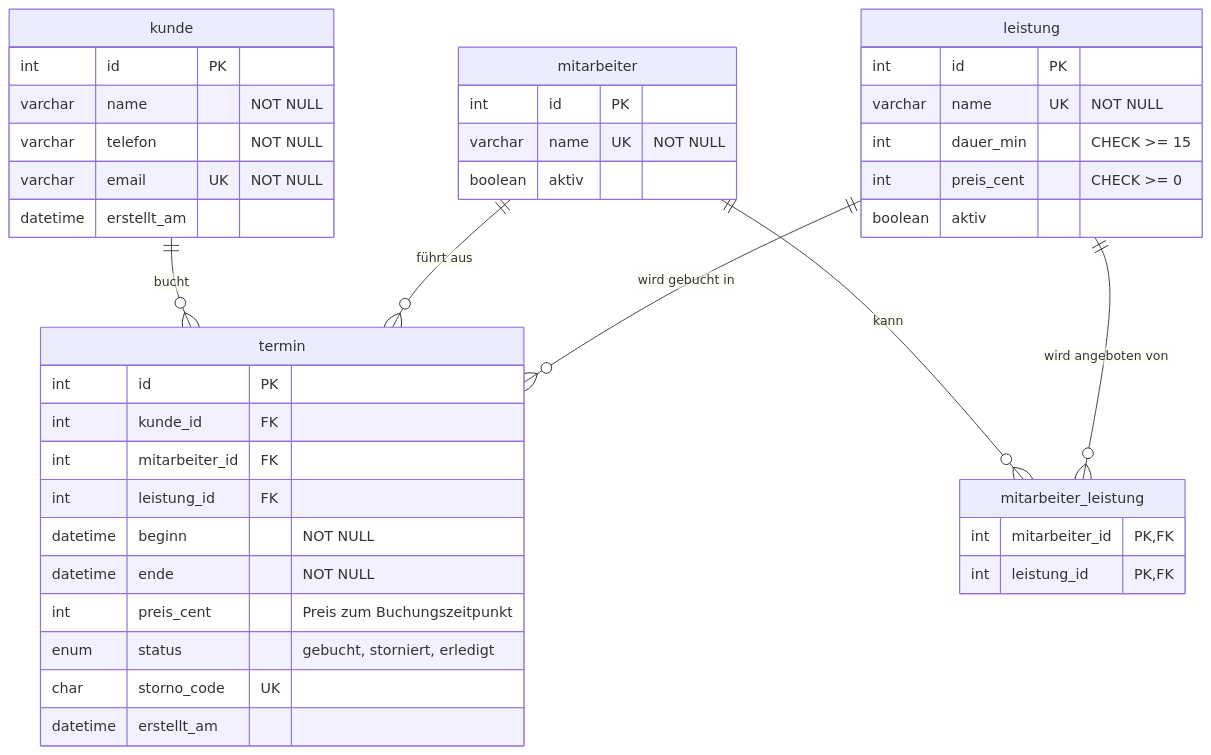
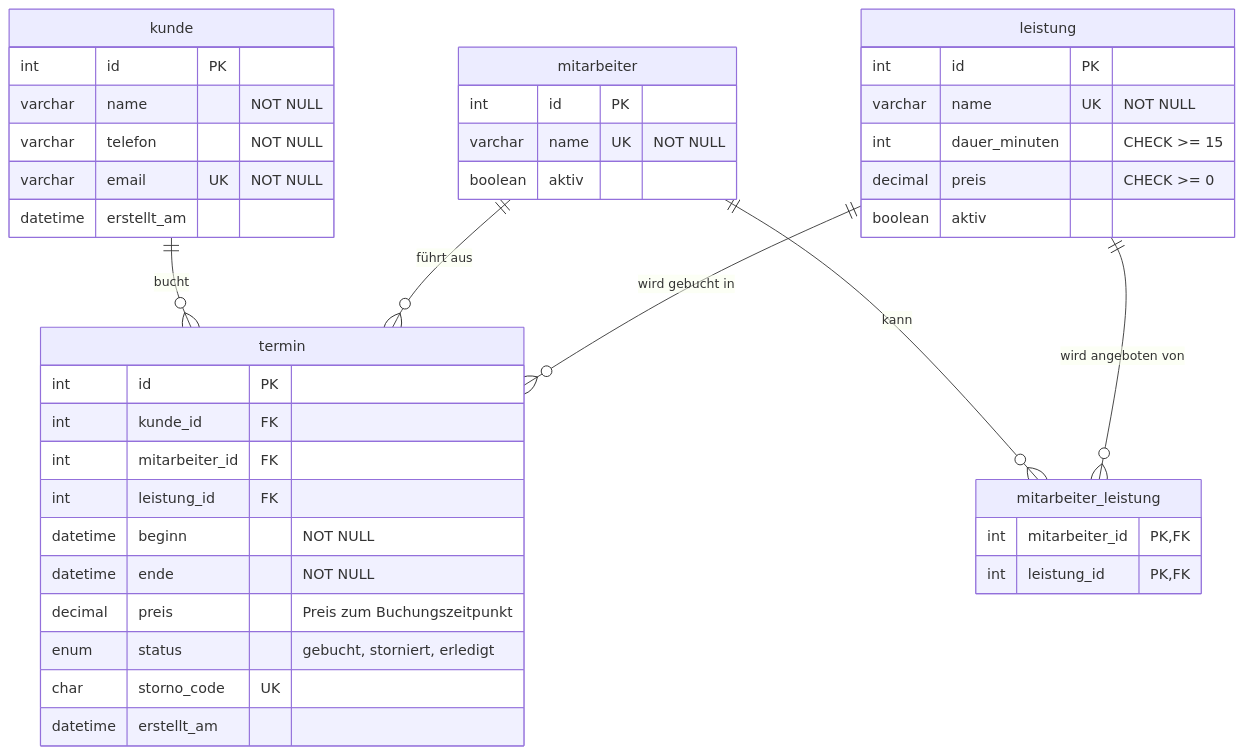
Before and after one commit to Tigist24/terminkalender-schnittpunkt: the diagram in docs/er-diagramm.md, drawn with Mermaid. The commit also changed 2 other files, not shown here.

Commit message:
aufräumen, umbenennen

````diff
--- a/docs/er-diagramm.md
+++ b/docs/er-diagramm.md
@@ -1,44 +1,44 @@
 ```mermaid
 erDiagram
     kunde ||--o{ termin : "bucht"
     mitarbeiter ||--o{ termin : "führt aus"
     leistung ||--o{ termin : "wird gebucht in"
     mitarbeiter ||--o{ mitarbeiter_leistung : "kann"
     leistung ||--o{ mitarbeiter_leistung : "wird angeboten von"
 
     kunde {
         int id PK
         varchar name "NOT NULL"
         varchar telefon "NOT NULL"
         varchar email UK "NOT NULL"
         datetime erstellt_am
     }
     mitarbeiter {
         int id PK
         varchar name UK "NOT NULL"
         boolean aktiv
     }
     leistung {
         int id PK
         varchar name UK "NOT NULL"
-        int dauer_min "CHECK >= 15"
-        int preis_cent "CHECK >= 0"
+        int dauer_minuten "CHECK >= 15"
+        decimal preis "CHECK >= 0"
         boolean aktiv
     }
     mitarbeiter_leistung {
         int mitarbeiter_id PK, FK
         int leistung_id PK, FK
     }
     termin {
         int id PK
         int kunde_id FK
         int mitarbeiter_id FK
         int leistung_id FK
         datetime beginn "NOT NULL"
         datetime ende "NOT NULL"
-        int preis_cent "Preis zum Buchungszeitpunkt"
+        decimal preis "Preis zum Buchungszeitpunkt"
         enum status "gebucht, storniert, erledigt"
         char storno_code UK
         datetime erstellt_am
     }
 ```
````
